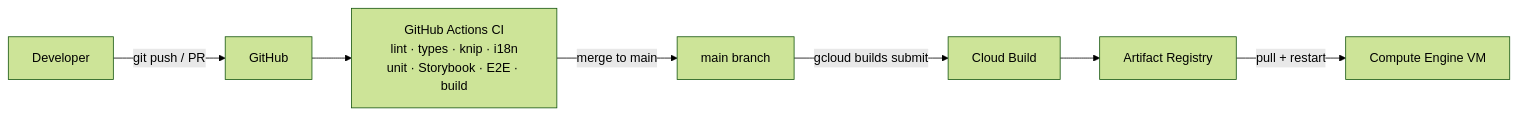
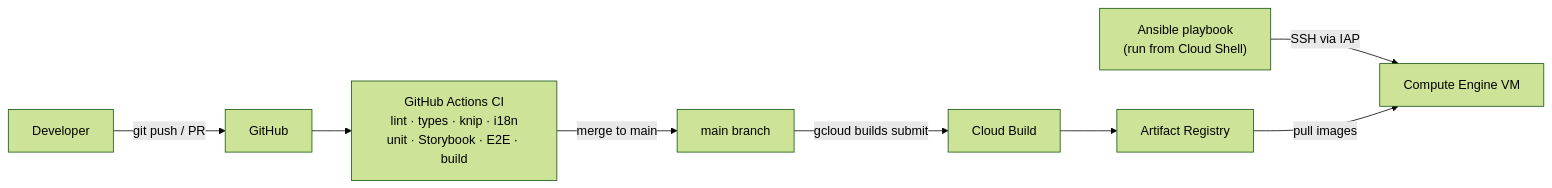
The second of 2 diagrams in docs/architecture.md (kalyani8063/ExpenseHub-multitenant-expense-tracker), drawn with Mermaid (forest theme) before and after one commit. The commit also changed other lines of this file and 12 other files, not shown here.

````diff
--- a/docs/architecture.md
+++ b/docs/architecture.md
@@ -161,9 +184,10 @@
 ```mermaid
 flowchart LR
     dev[Developer] -->|git push / PR| gh[GitHub]
     gh --> ci["GitHub Actions CI<br/>lint · types · knip · i18n<br/>unit · Storybook · E2E · build"]
     ci -->|merge to main| main[main branch]
     main -->|gcloud builds submit| cb[Cloud Build]
     cb --> ar[Artifact Registry]
-    ar -->|pull + restart| vm[Compute Engine VM]
+    ans["Ansible playbook<br/>(run from Cloud Shell)"] -->|SSH via IAP| vm[Compute Engine VM]
+    ar -->|pull images| vm
 ```
````
